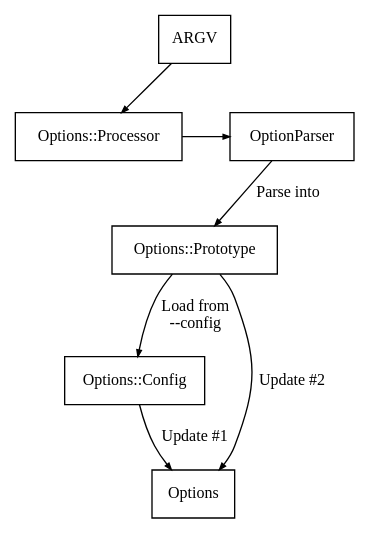
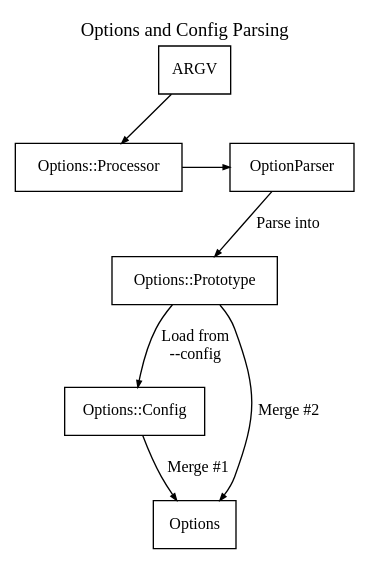
Before and after one commit to RyanScottLewis/cutback: the diagram in doc/graphs/Options-and-Config-Parsing.dot, drawn with Graphviz. The commit also changed 1 other file, not shown here.

Commit message:
Docs: Graph titles, better descriptions for Manifest and Records resources

```diff
--- a/doc/graphs/Options-and-Config-Parsing.dot
+++ b/doc/graphs/Options-and-Config-Parsing.dot
@@ -1,25 +1,25 @@
 digraph G {
-  graph[rankdir="TB"]
+  graph[label="Options and Config Parsing" labelloc="t" rankdir="TB"]
   node[shape="box" fontsize="12" fontname="Rive Pixel"]
   edge[arrowsize="0.5" fontsize="12" fontname="Rive Pixel"]
 
   Arguments [label="ARGV"]
   Processor [label="Options::Processor"]
   Parser [label="OptionParser"]
   Prototype [label="Options::Prototype"]
   Config [label="Options::Config"]
 
   Arguments -> Processor
   Processor -> Parser
 
   Parser -> Prototype [label="Parse into"]
   Prototype -> Config [label="Load from\n--config"]
 
-  Config -> Options [label="Update #1"]
-  Prototype -> Options [label="Update #2"]
+  Config -> Options [label="Merge #1"]
+  Prototype -> Options [label="Merge #2"]
 
 
   Arguments -> Parser [style="invis"] // For centering purposes
   Processor -> Prototype [style="invis"] // For centering purposes
   { rank="same"; Processor Parser }
 }
```
